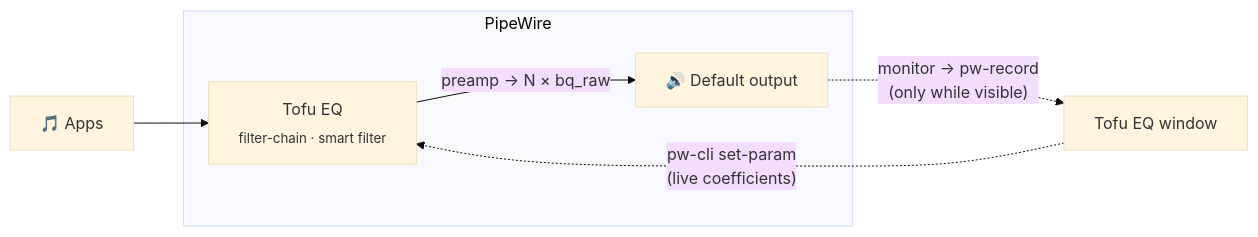
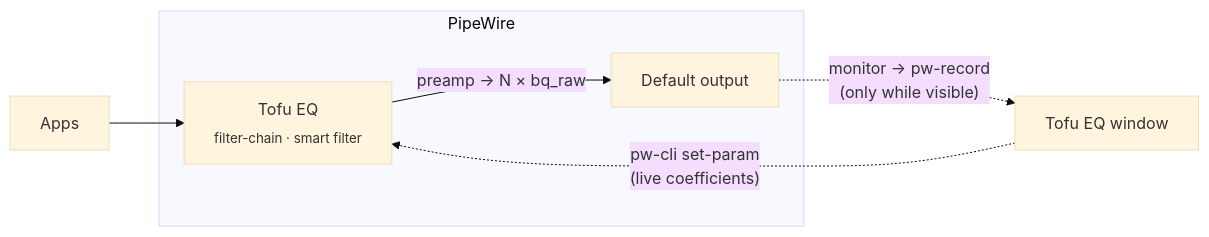
The diagram in README.md (AoTofu/tofu-eq), drawn with Mermaid (base theme) before and after one commit. The commit also changed other lines of this file and 2 other files, not shown here.

````diff
--- a/README.md
+++ b/README.md
@@ -92,9 +92,9 @@
 ```mermaid
 flowchart LR
-    apps["🎵 Apps"] --> sink
+    apps["Apps"] --> sink
     subgraph pw["PipeWire"]
-        sink["Tofu EQ<br><sub>filter-chain · smart filter</sub>"] -->|"preamp → N × bq_raw"| dev["🔊 Default output"]
+        sink["Tofu EQ<br><sub>filter-chain · smart filter</sub>"] -->|"preamp → N × bq_raw"| dev["Default output"]
     end
     gui["Tofu EQ window"] -. "pw-cli set-param<br>(live coefficients)" .-> sink
     dev -. "monitor → pw-record<br>(only while visible)" .-> gui
 ```
````
